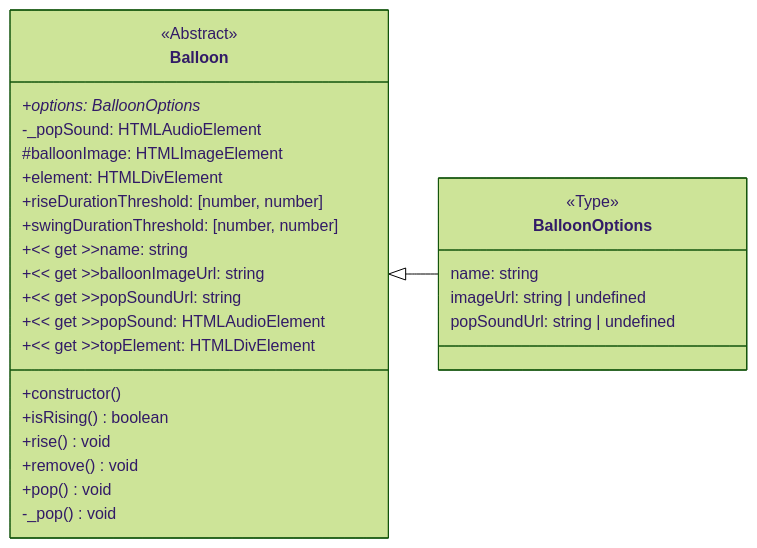
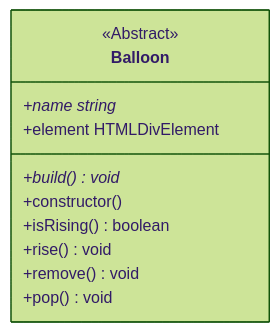
Before and after one commit to SimonStnn/pop-a-loon: the second of 5 diagrams in docs/README.md, drawn with Mermaid (forest theme). The commit also changed other lines of this file, not shown here.

Commit message:
Update balloon uml diagrams

````diff
--- a/docs/README.md
+++ b/docs/README.md
@@ -284,33 +281,16 @@
 ```mermaid
 classDiagram
 direction LR
 class Balloon {
   <<Abstract>>
-  +options: BalloonOptions*
-  -_popSound: HTMLAudioElement
-  #balloonImage: HTMLImageElement
-  +element: HTMLDivElement
-  +riseDurationThreshold: [number, number]
-  +swingDurationThreshold: [number, number]
-  +<< get >>name: string
-  +<< get >>balloonImageUrl: string
-  +<< get >>popSoundUrl: string
-  +<< get >>popSound: HTMLAudioElement
-  +<< get >>topElement: HTMLDivElement
+
+  +name string*
+  +build() void*
+  +element HTMLDivElement
   +constructor()
   +isRising() boolean
   +rise() void
   +remove() void
   +pop() void
-  -_pop() void
 }
-
-class BalloonOptions {
-  <<Type>>
-  name: string
-  imageUrl: string | undefined
-  popSoundUrl: string | undefined
-}
-
-Balloon <|-- BalloonOptions
 ```
````
